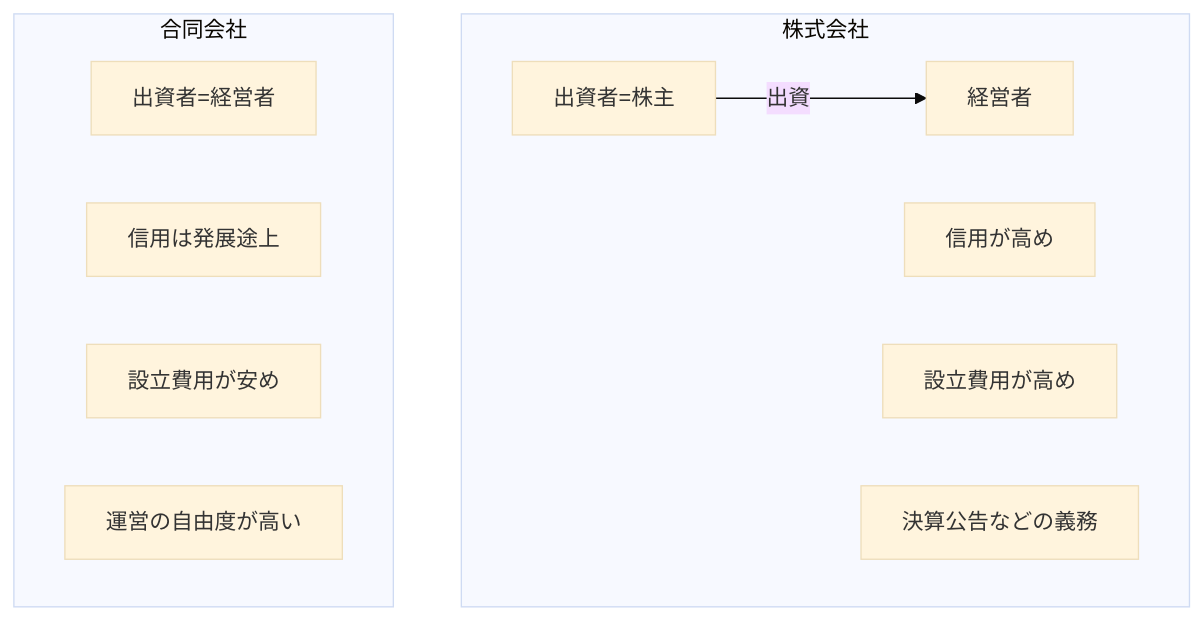
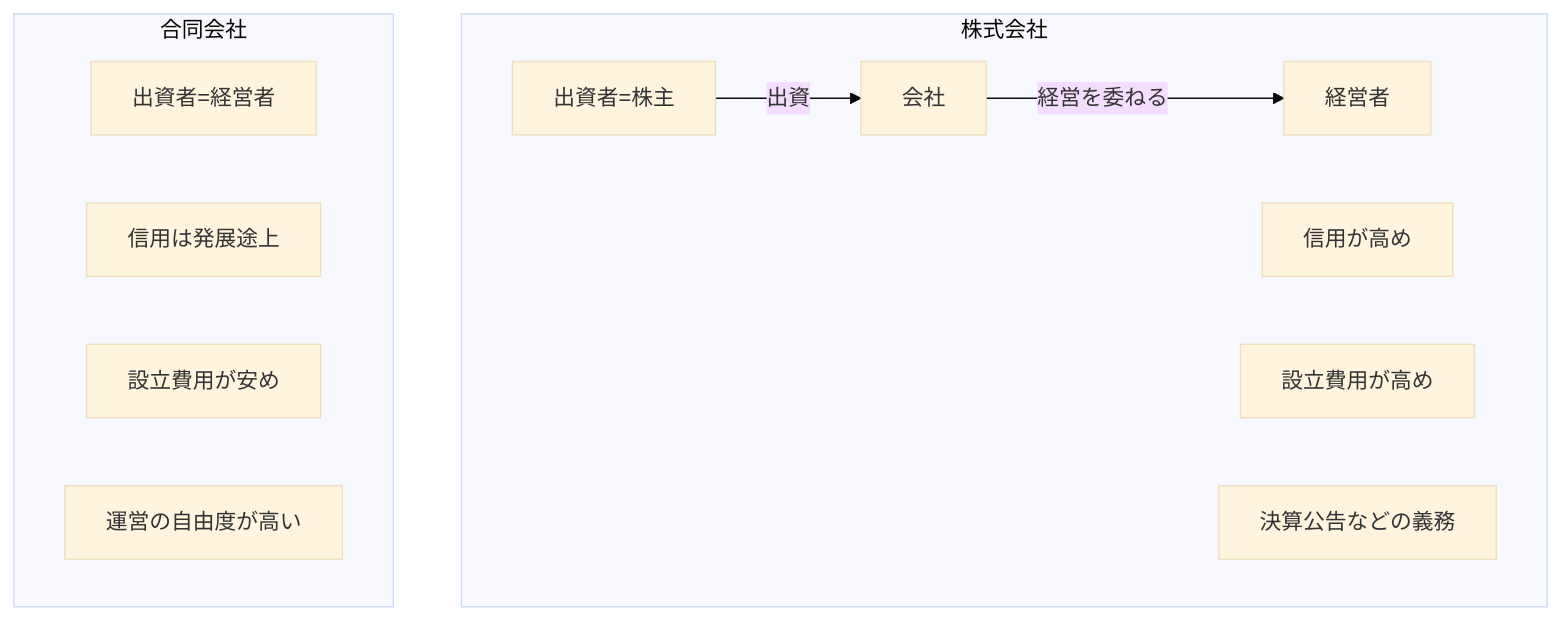
The diagram in textbooks/engineer-career/curriculums/startup-basics/chapters/02/sections/01-company-types.md (RikiFukushima/textbook-gen), drawn with Mermaid (base theme) before and after one commit. The commit also changed 299 other files, not shown here.

````diff
--- a/textbooks/engineer-career/curriculums/startup-basics/chapters/02/sections/01-company-types.md
+++ b/textbooks/engineer-career/curriculums/startup-basics/chapters/02/sections/01-company-types.md
@@ -46,17 +46,19 @@
 ```mermaid
 graph TB
     subgraph 株式会社
         A1[出資者=株主]
+        A0[会社]
         A2[経営者]
-        A1 -->|出資| A2
+        A1 -->|出資| A0
+        A0 -->|経営を委ねる| A2
         A3[信用が高め]
         A4[設立費用が高め]
         A5[決算公告などの義務]
     end
     subgraph 合同会社
         B1[出資者=経営者]
         B2[信用は発展途上]
         B3[設立費用が安め]
         B4[運営の自由度が高い]
     end
 ```
````
